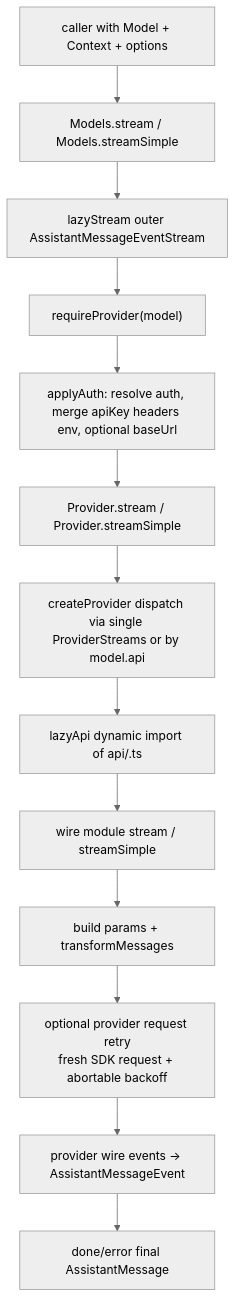
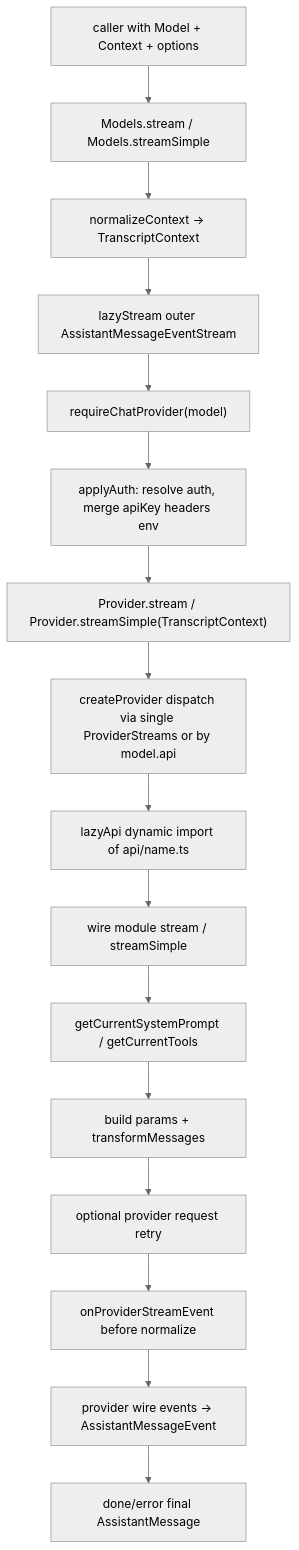
One commit to wdnmdtonyma/SOTA-Agent-LLM-Wiki changed the diagram in docs/llm-wiki/pi/spine/provider-stream.md. Above: the diagram before and after it, drawn with Mermaid (neutral theme). The commit also changed other lines of this file and 225 other files, not shown here.

````diff
--- a/docs/llm-wiki/pi/spine/provider-stream.md
+++ b/docs/llm-wiki/pi/spine/provider-stream.md
@@ -48,15 +54,18 @@
 ```mermaid
 flowchart TD
-  Caller["caller with Model + Context + options"] --> Models["Models.stream / Models.streamSimple"]
-  Models --> LazyOuter["lazyStream outer AssistantMessageEventStream"]
-  LazyOuter --> ProviderLookup["requireProvider(model)"]
-  ProviderLookup --> Auth["applyAuth: resolve auth, merge apiKey headers env, optional baseUrl"]
-  Auth --> Provider["Provider.stream / Provider.streamSimple"]
-  Provider --> Dispatch["createProvider dispatch via single ProviderStreams or by model.api"]
-  Dispatch --> LazyApi["lazyApi dynamic import of api/<name>.ts"]
-  LazyApi --> Wire["wire module stream / streamSimple"]
-  Wire --> Transform["build params + transformMessages"]
-  Transform --> Retry["optional provider request retry<br/>fresh SDK request + abortable backoff"]
-  Retry --> Normalize["provider wire events -> AssistantMessageEvent"]
-  Normalize --> Result["done/error final AssistantMessage"]
+ Caller["caller with Model + Context + options"] --> Models["Models.stream / Models.streamSimple"]
+ Models --> Norm["normalizeContext → TranscriptContext"]
+ Norm --> LazyOuter["lazyStream outer AssistantMessageEventStream"]
+ LazyOuter --> ProviderLookup["requireChatProvider(model)"]
+ ProviderLookup --> Auth["applyAuth: resolve auth, merge apiKey headers env"]
+ Auth --> Provider["Provider.stream / Provider.streamSimple(TranscriptContext)"]
+ Provider --> Dispatch["createProvider dispatch via single ProviderStreams or by model.api"]
+ Dispatch --> LazyApi["lazyApi dynamic import of api/name.ts"]
+ LazyApi --> Wire["wire module stream / streamSimple"]
+ Wire --> Tools["getCurrentSystemPrompt / getCurrentTools"]
+ Tools --> Transform["build params + transformMessages"]
+ Transform --> Retry["optional provider request retry"]
+ Retry --> Observe["onProviderStreamEvent before normalize"]
+ Observe --> Normalize["provider wire events -> AssistantMessageEvent"]
+ Normalize --> Result["done/error final AssistantMessage"]
 ```
````
